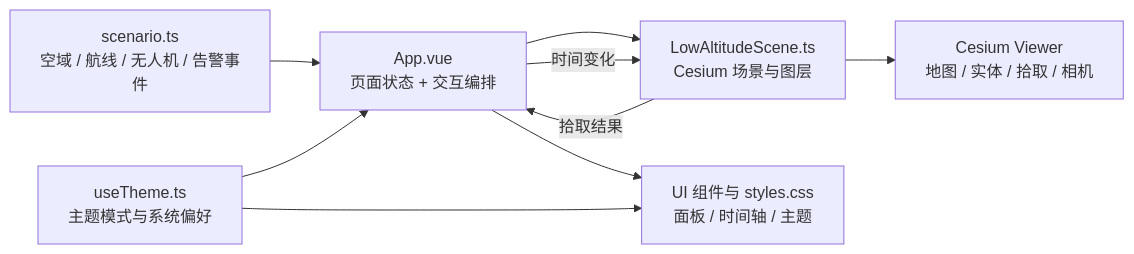
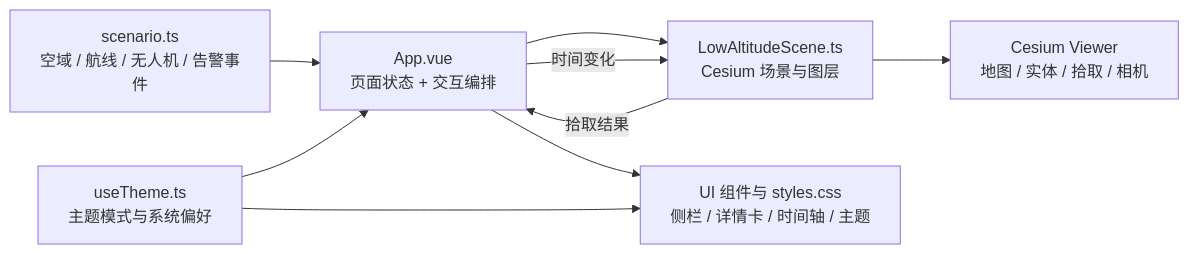
Before and after one commit to Bancott/low-altitude-mvp: the diagram in ARCHITECTURE.md, drawn with Mermaid. The commit also changed other lines of this file and 12 other files, not shown here.

Commit message:
refactor: 改为地图优先的单侧栏交互

````diff
--- a/ARCHITECTURE.md
+++ b/ARCHITECTURE.md
@@ -34,11 +35,11 @@
 ```mermaid
 flowchart LR
   A["scenario.ts<br/>空域 / 航线 / 无人机 / 告警事件"] --> B["App.vue<br/>页面状态 + 交互编排"]
   B --> C["LowAltitudeScene.ts<br/>Cesium 场景与图层"]
-  B --> D["UI 组件与 styles.css<br/>面板 / 时间轴 / 主题"]
+  B --> D["UI 组件与 styles.css<br/>侧栏 / 详情卡 / 时间轴 / 主题"]
   E["useTheme.ts<br/>主题模式与系统偏好"] --> D
   E --> B
   C --> F["Cesium Viewer<br/>地图 / 实体 / 拾取 / 相机"]
   B -->|时间变化| C
   C -->|拾取结果| B
 ```
````
